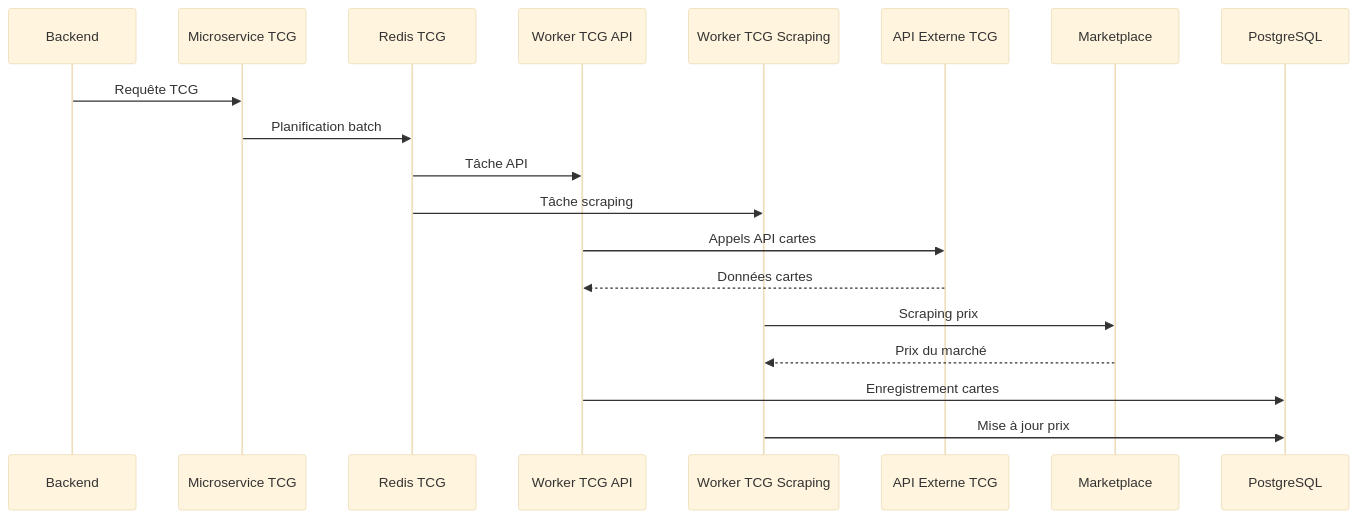
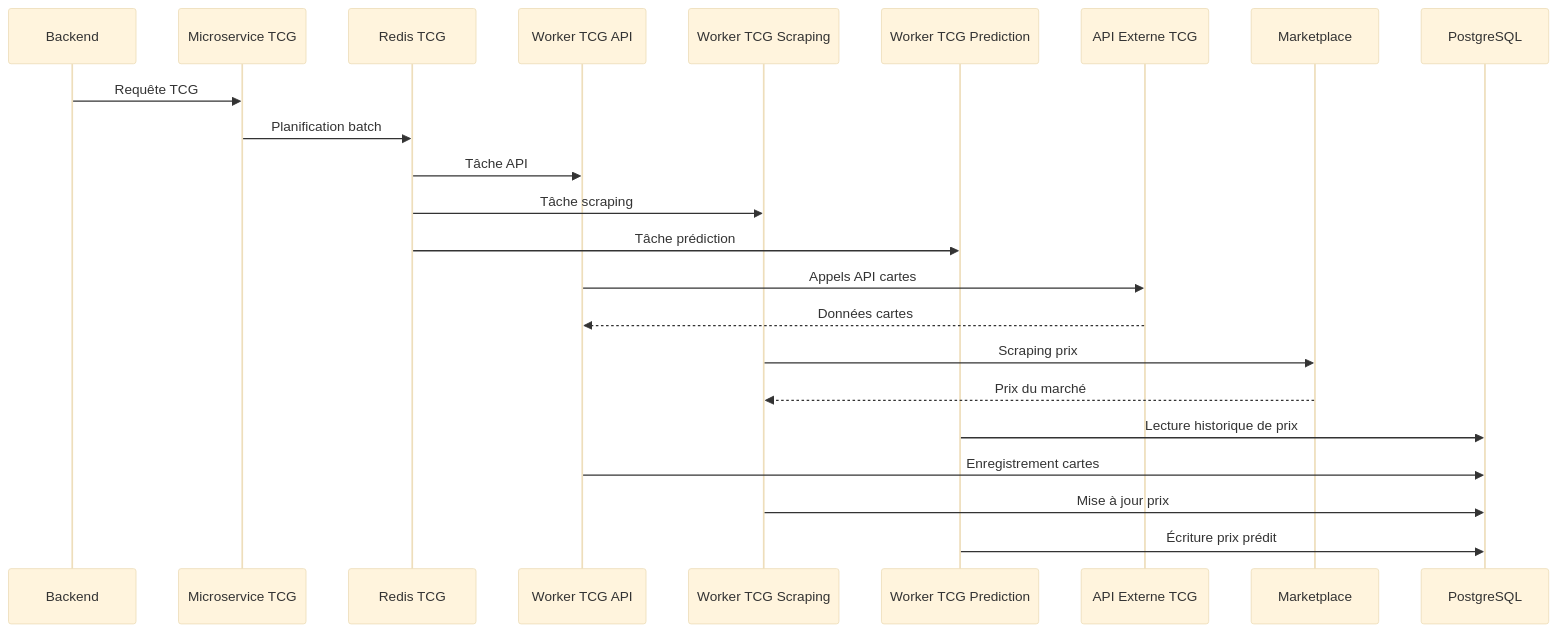
Before and after one commit to Collectionr/collectionr_epitech: the fourth of 4 diagrams in docs/architecture/A02-flux-techniques.md, drawn with Mermaid (base theme). The commit also changed other lines of this file and 3 other files, not shown here.

Commit message:
fix: corrections-documentation-architectures

````diff
--- a/docs/architecture/A02-flux-techniques.md
+++ b/docs/architecture/A02-flux-techniques.md
@@ -195,22 +196,26 @@
 ```mermaid
 sequenceDiagram
     participant Backend
     participant Microservice TCG
     participant Redis TCG
     participant Worker TCG API
     participant Worker TCG Scraping
+    participant Worker TCG Prediction
     participant API Externe TCG
     participant Marketplace
     participant PostgreSQL
 
     Backend->>Microservice TCG: Requête TCG
     Microservice TCG->>Redis TCG: Planification batch
     Redis TCG->>Worker TCG API: Tâche API
     Redis TCG->>Worker TCG Scraping: Tâche scraping
+    Redis TCG->>Worker TCG Prediction: Tâche prédiction
     Worker TCG API->>API Externe TCG: Appels API cartes
     API Externe TCG-->>Worker TCG API: Données cartes
     Worker TCG Scraping->>Marketplace: Scraping prix
     Marketplace-->>Worker TCG Scraping: Prix du marché
+    Worker TCG Prediction->>PostgreSQL: Lecture historique de prix
     Worker TCG API->>PostgreSQL: Enregistrement cartes
     Worker TCG Scraping->>PostgreSQL: Mise à jour prix
+    Worker TCG Prediction->>PostgreSQL: Écriture prix prédit
 ```
````
